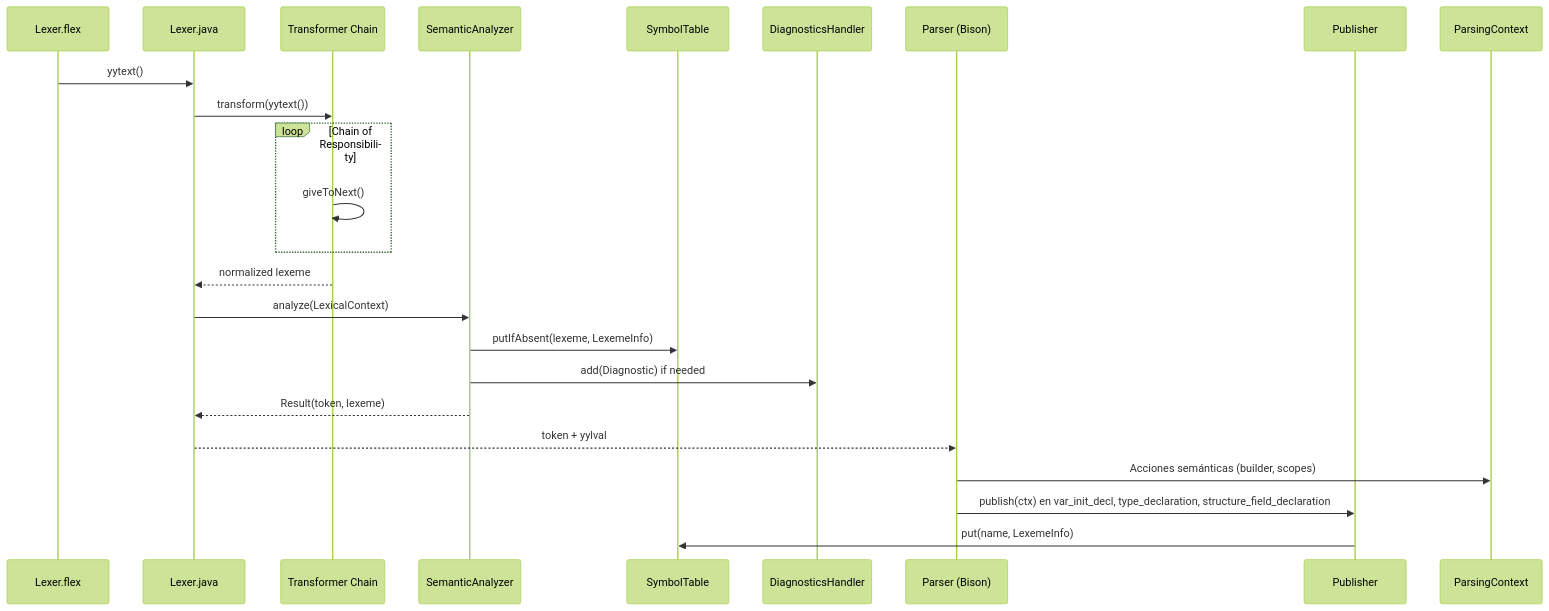
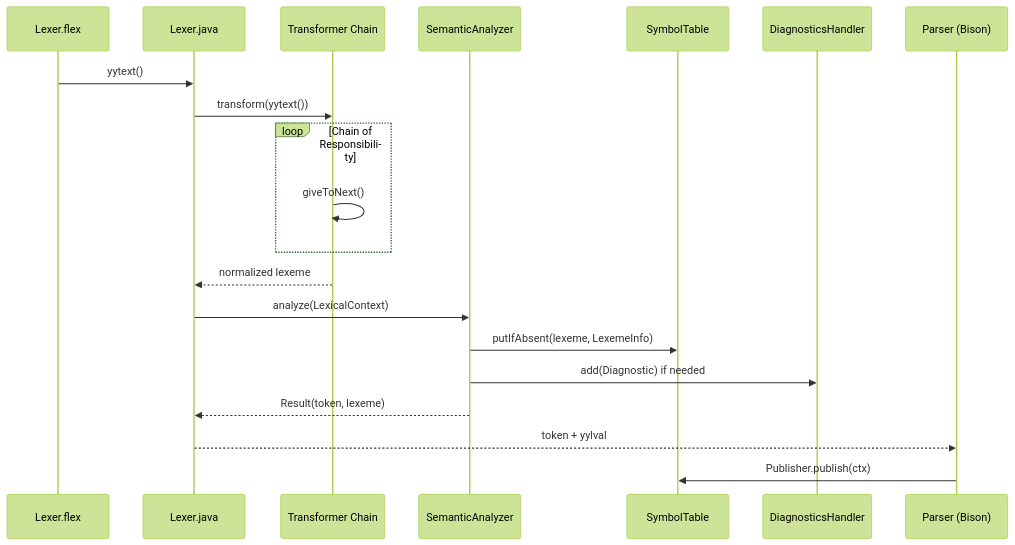
Before and after one commit to PascalUser/FLC-IEC61131-7: the third of 3 diagrams in doc/modules/lexer.md, drawn with Mermaid (forest theme). The commit also changed other lines of this file and 49 other files, not shown here.

````diff
--- a/doc/modules/lexer.md
+++ b/doc/modules/lexer.md
@@ -327,27 +225,23 @@
 ```mermaid
 sequenceDiagram
     participant JFlex as Lexer.flex
     participant Lexer as Lexer.java
     participant Transformer as Transformer Chain
     participant Analyzer as SemanticAnalyzer
     participant ST as SymbolTable
     participant Diag as DiagnosticsHandler
     participant Parser as Parser (Bison)
-    participant Publisher as Publisher
-    participant Ctx as ParsingContext
 
     JFlex->>Lexer: yytext()
     Lexer->>Transformer: transform(yytext())
     loop Chain of Responsibility
         Transformer->>Transformer: giveToNext()
     end
     Transformer-->>Lexer: normalized lexeme
     Lexer->>Analyzer: analyze(LexicalContext)
     Analyzer->>ST: putIfAbsent(lexeme, LexemeInfo)
     Analyzer->>Diag: add(Diagnostic) if needed
     Analyzer-->>Lexer: Result(token, lexeme)
     Lexer-->>Parser: token + yylval
-    Parser->>Ctx: Acciones semánticas (builder, scopes)
-    Parser->>Publisher: publish(ctx) en var_init_decl, type_declaration, structure_field_declaration
-    Publisher->>ST: put(name, LexemeInfo)
+    Parser->>ST: Publisher.publish(ctx)
 ```
````
